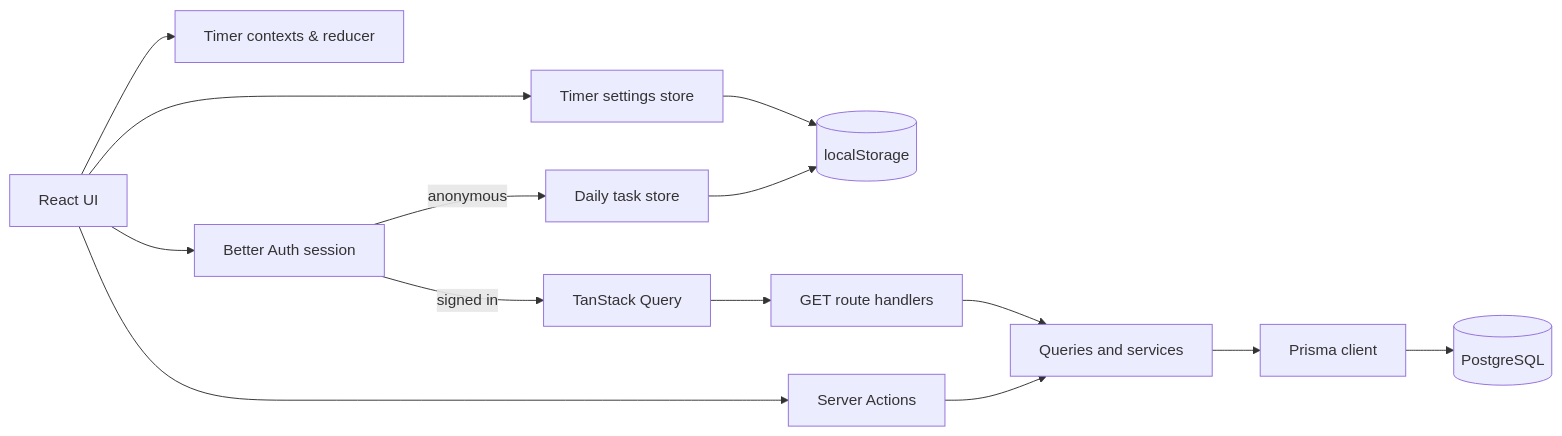
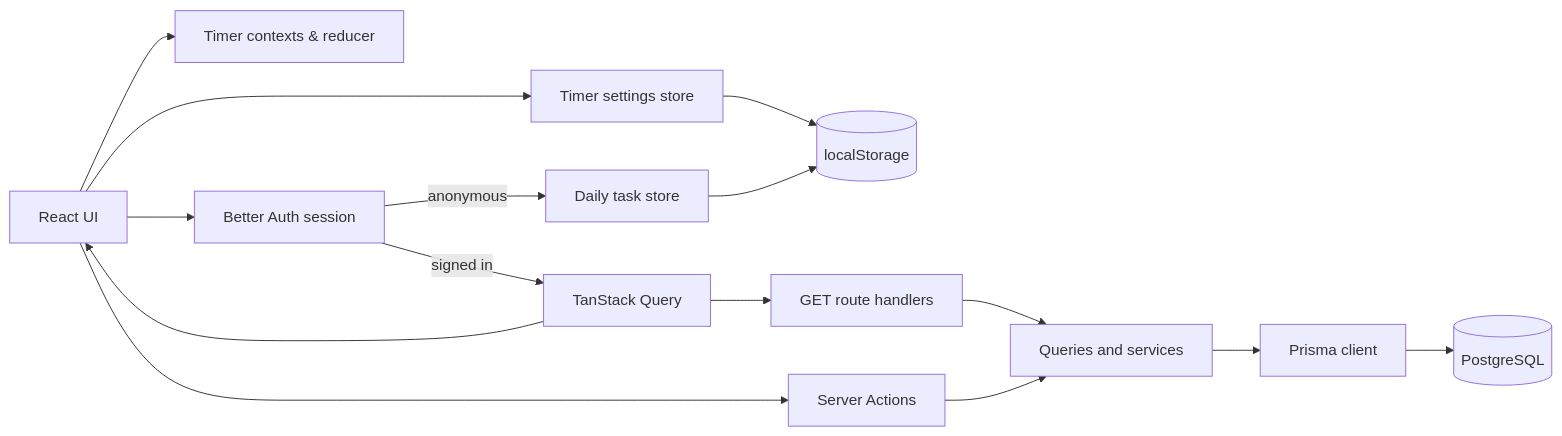
The first of 2 diagrams in docs/architecture.md (wyltw/pomodoro), drawn with Mermaid before and after one commit. The commit also changed other lines of this file and 8 other files, not shown here.

````diff
--- a/docs/architecture.md
+++ b/docs/architecture.md
@@ -13,18 +13,19 @@
 ```mermaid
 flowchart LR
   UI[React UI] --> Timer[Timer contexts & reducer]
   UI --> Session[Better Auth session]
   UI --> Settings[Timer settings store]
   Settings --> Browser[(localStorage)]
 
   Session -->|anonymous| LocalTasks[Daily task store]
   LocalTasks --> Browser
 
   Session -->|signed in| Query[TanStack Query]
   Query --> Reads[GET route handlers]
+  Query --> UI
   UI --> Actions[Server Actions]
   Reads --> Services[Queries and services]
   Actions --> Services
   Services --> Prisma[Prisma client]
   Prisma --> Database[(PostgreSQL)]
 ```
````
